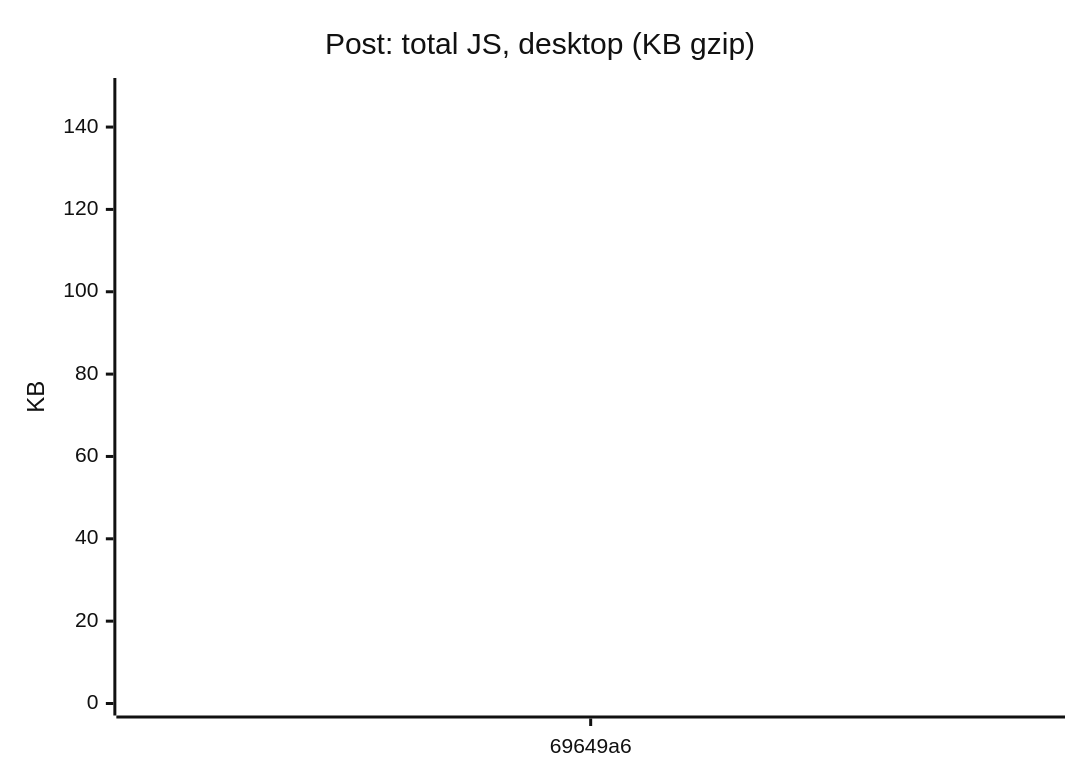
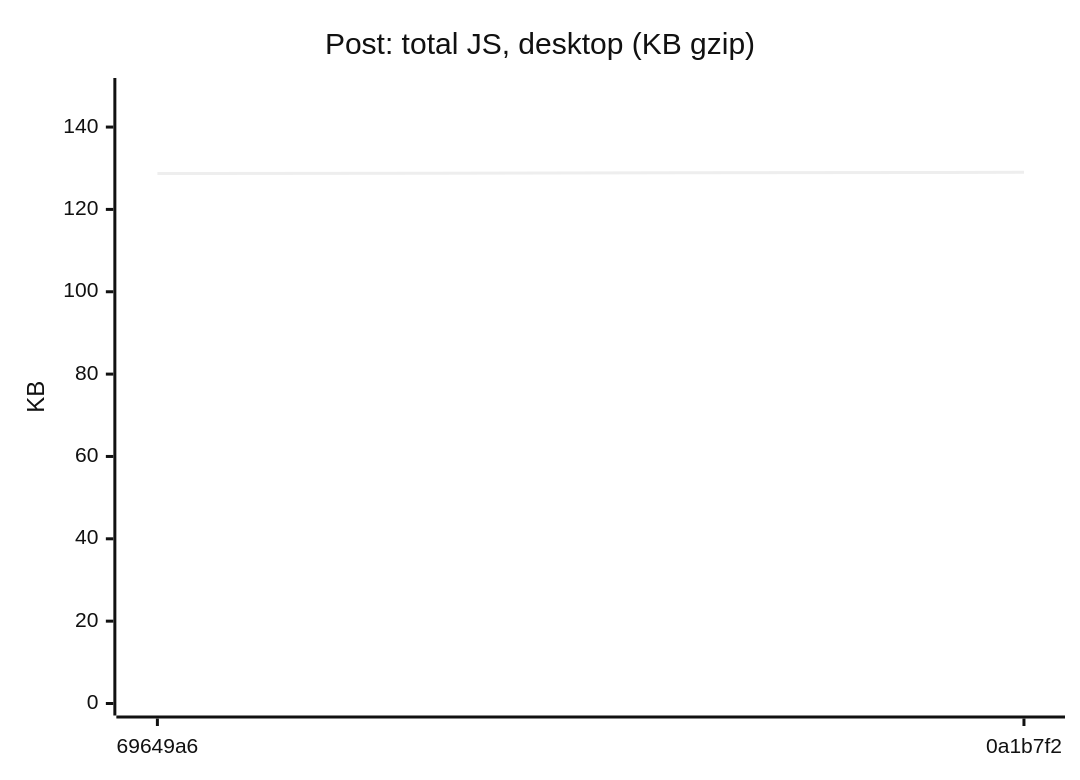
One commit to AxelUser/maltsev.space changed diagram 11 of 18 in README.md. Above: the diagram before and after it, drawn with Mermaid (neutral theme). The commit also changed other lines of this file and 1 other file, not shown here.

````diff
--- a/README.md
+++ b/README.md
@@ -125,7 +125,7 @@
 ```mermaid
 xychart-beta
   title "Post: total JS, desktop (KB gzip)"
-  x-axis ["69649a6"]
+  x-axis ["69649a6", "0a1b7f2"]
   y-axis "KB" 0 --> 149
-  line [128.7]
+  line [128.7, 129]
 ```
````
